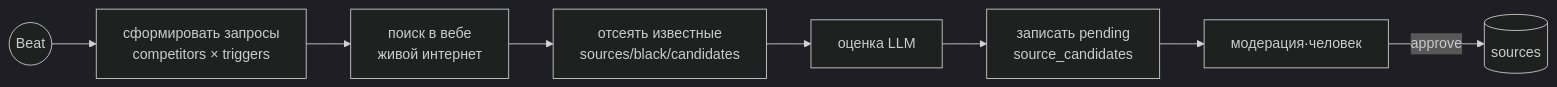
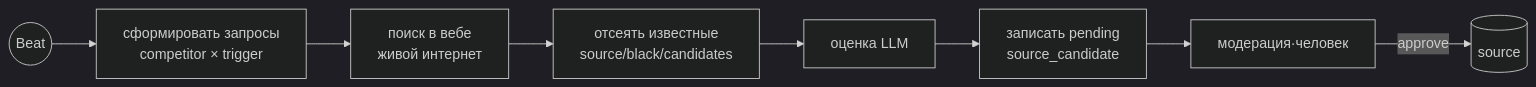
The seventh of 7 diagrams in ABOUT_PROJECT/ABOUT.md (aslan-py/kodik), drawn with Mermaid (dark theme) before and after one commit. The commit also changed other lines of this file and 27 other files, not shown here.

````diff
--- a/ABOUT_PROJECT/ABOUT.md
+++ b/ABOUT_PROJECT/ABOUT.md
@@ -548,5 +548,5 @@
 ```mermaid
 flowchart LR
-  T((Beat)) --> Q[сформировать запросы<br/>competitors × triggers] --> S[поиск в вебе<br/>живой интернет] --> F[отсеять известные<br/>sources/black/candidates] --> A[оценка LLM] --> W[записать pending<br/>source_candidates]
-  W --> M[модерация·человек] -->|approve| SR[(sources)]
+  T((Beat)) --> Q[сформировать запросы<br/>competitor × trigger] --> S[поиск в вебе<br/>живой интернет] --> F[отсеять известные<br/>source/black/candidates] --> A[оценка LLM] --> W[записать pending<br/>source_candidate]
+  W --> M[модерация·человек] -->|approve| SR[(source)]
 ```
````
